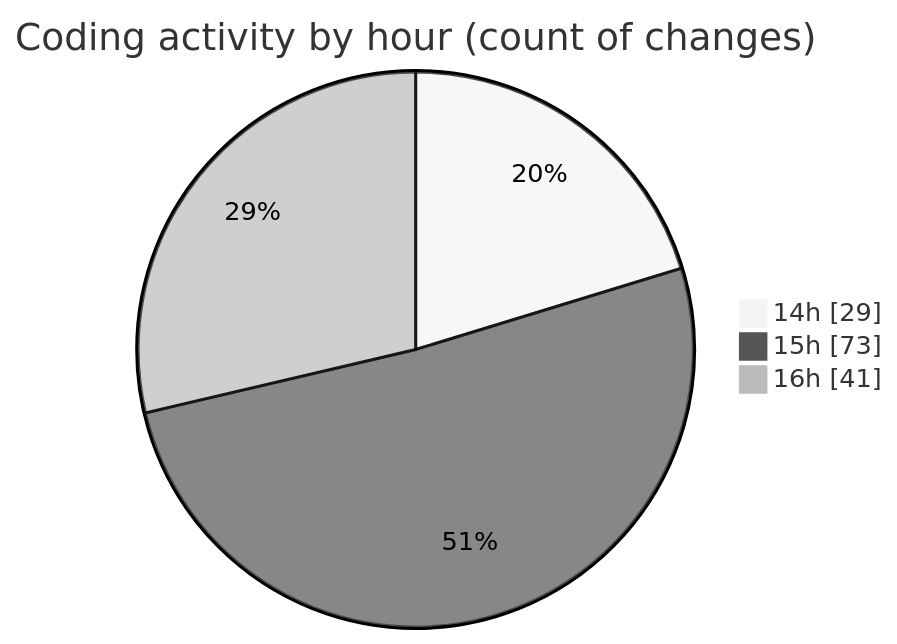
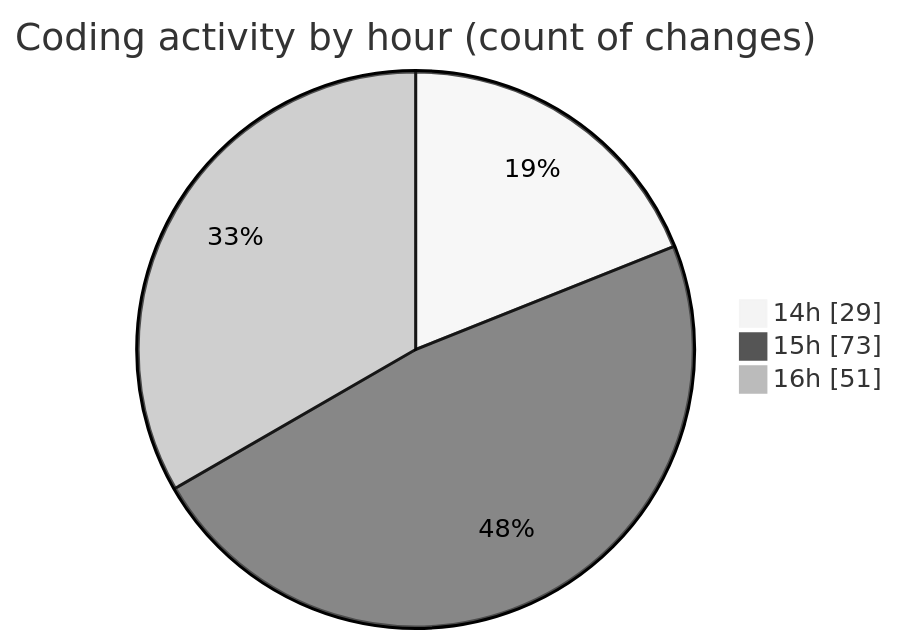
One commit to CELIANVF/code-tracking changed the second of 2 diagrams in 2025-06-05/ecodeli-1/README.md. Above: the diagram before and after it, drawn with Mermaid (neutral theme). The commit also changed other lines of this file and 1 other file, not shown here.

````diff
--- a/2025-06-05/ecodeli-1/README.md
+++ b/2025-06-05/ecodeli-1/README.md
@@ -79,7 +80,7 @@
 ```mermaid
 pie showData
 title Coding activity by hour (count of changes)
 "14h" : 29
 "15h" : 73
-"16h" : 41
+"16h" : 51
 ```
````
